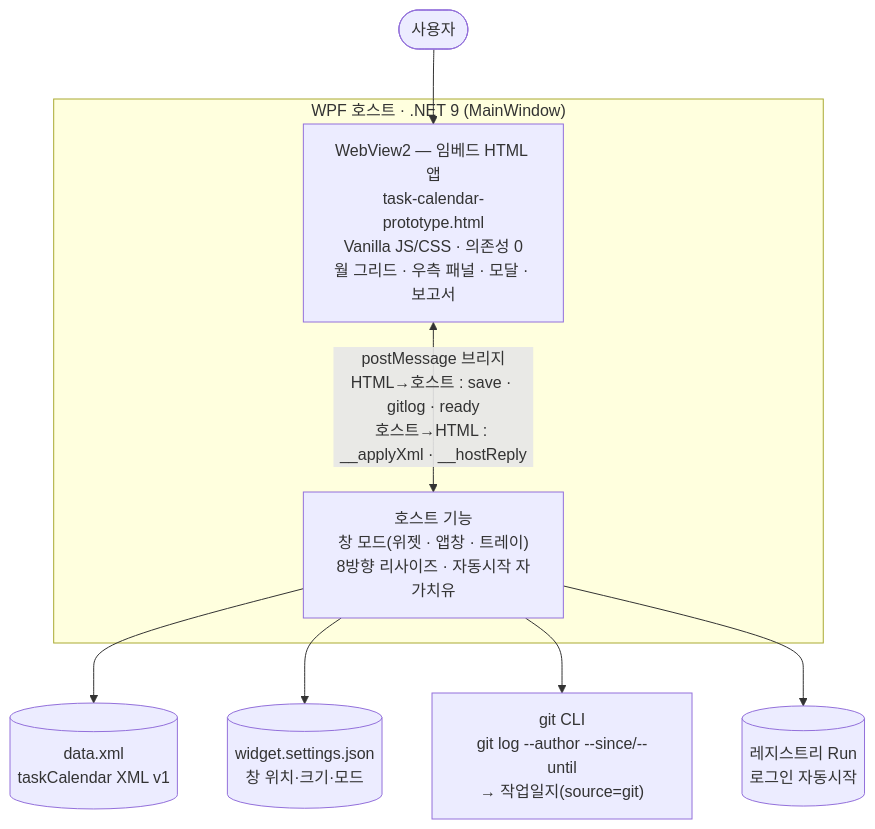
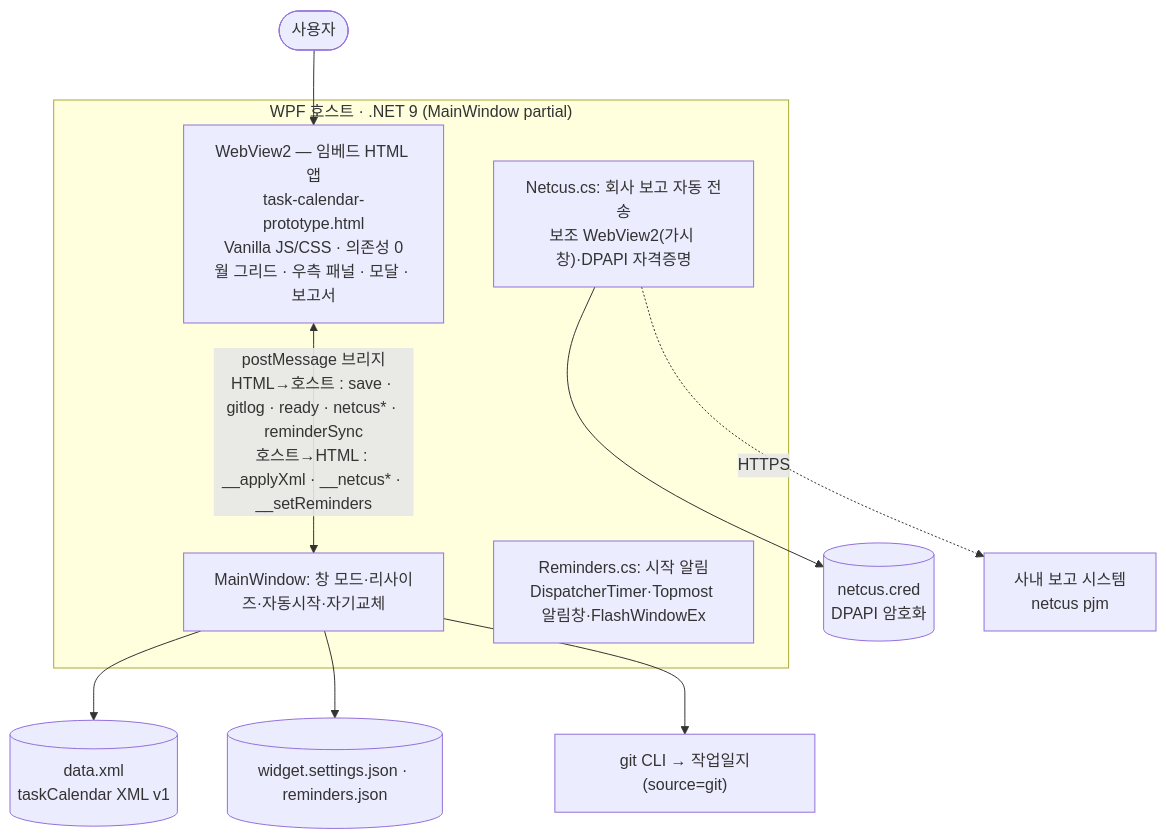
One commit to Peace-Min/task-calendar changed the diagram in README.md. Above: the diagram before and after it, drawn with Mermaid. The commit also changed other lines of this file, not shown here.

````diff
--- a/README.md
+++ b/README.md
@@ -105,14 +139,17 @@
 ```mermaid
 flowchart TB
   user(["사용자"])
-  subgraph host["WPF 호스트 · .NET 9 (MainWindow)"]
+  subgraph host["WPF 호스트 · .NET 9 (MainWindow partial)"]
     app["WebView2 — 임베드 HTML 앱<br/>task-calendar-prototype.html<br/>Vanilla JS/CSS · 의존성 0<br/>월 그리드 · 우측 패널 · 모달 · 보고서"]
-    hostfn["호스트 기능<br/>창 모드(위젯 · 앱창 · 트레이)<br/>8방향 리사이즈 · 자동시작 자가치유"]
+    hostfn["MainWindow: 창 모드·리사이즈·자동시작·자기교체"]
+    netcus["Netcus.cs: 회사 보고 자동 전송<br/>보조 WebView2(가시 창)·DPAPI 자격증명"]
+    rem["Reminders.cs: 시작 알림<br/>DispatcherTimer·Topmost 알림창·FlashWindowEx"]
   end
   user --> app
-  app <-->|"postMessage 브리지<br/>HTML→호스트 : save · gitlog · ready<br/>호스트→HTML : __applyXml · __hostReply"| hostfn
+  app <-->|"postMessage 브리지<br/>HTML→호스트 : save · gitlog · ready · netcus* · reminderSync<br/>호스트→HTML : __applyXml · __netcus* · __setReminders"| hostfn
   hostfn --> xml[("data.xml<br/>taskCalendar XML v1")]
-  hostfn --> cfg[("widget.settings.json<br/>창 위치·크기·모드")]
-  hostfn --> git["git CLI<br/>git log --author --since/--until<br/>→ 작업일지(source=git)"]
-  hostfn --> reg[("레지스트리 Run<br/>로그인 자동시작")]
+  hostfn --> cfg[("widget.settings.json · reminders.json")]
+  netcus --> cred[("netcus.cred<br/>DPAPI 암호화")]
+  netcus -.HTTPS.-> pjm["사내 보고 시스템<br/>netcus pjm"]
+  hostfn --> git["git CLI → 작업일지(source=git)"]
 ```
````
